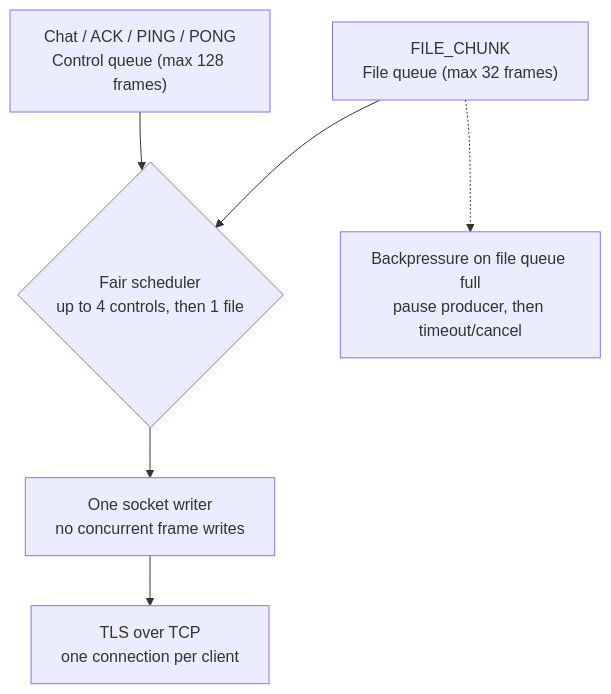
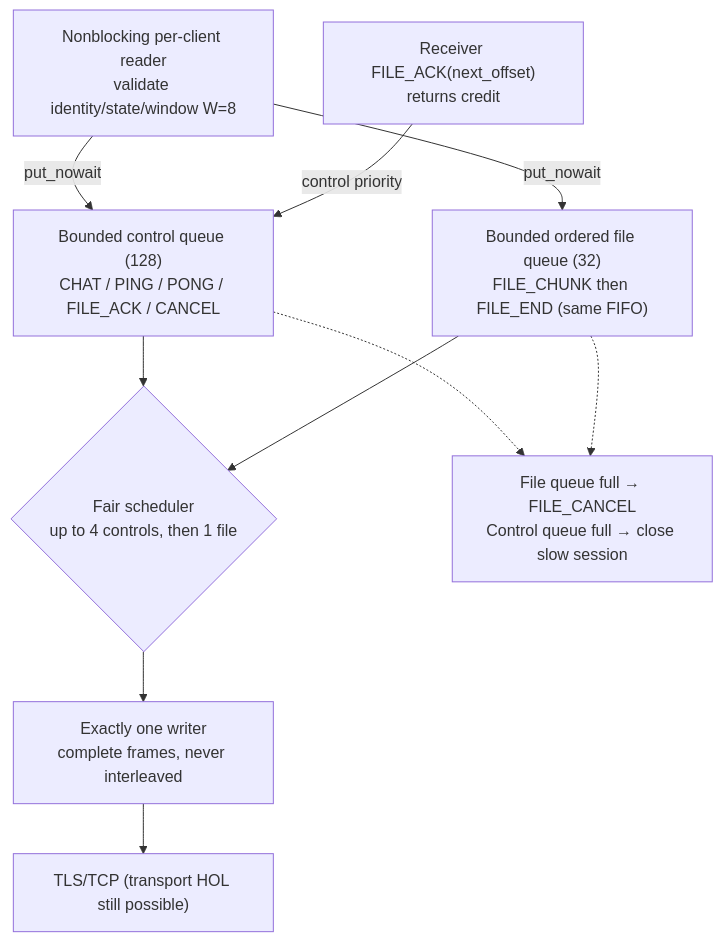
The diagram in docs/diagrams/outbound-queues.md (1K-Keem/lan-collab), drawn with Mermaid before and after one commit. The commit also changed other lines of this file and 13 other files, not shown here.

Commit message:
docs(test): synchronize v1.1 diagrams, schema catalog and mock fixtures

````diff
--- a/docs/diagrams/outbound-queues.md
+++ b/docs/diagrams/outbound-queues.md
@@ -5,13 +3,19 @@
 ```mermaid
 flowchart TB
-    CTRL["Chat / ACK / PING / PONG<br/>Control queue (max 128 frames)"]
-    FILE["FILE_CHUNK<br/>File queue (max 32 frames)"]
-    SCH{"Fair scheduler<br/>up to 4 controls, then 1 file"}
-    WRITER["One socket writer<br/>no concurrent frame writes"]
-    TLS["TLS over TCP<br/>one connection per client"]
-    BACK["Backpressure on file queue full<br/>pause producer, then timeout/cancel"]
-    CTRL --> SCH
-    FILE --> SCH
-    FILE -.-> BACK
-    SCH --> WRITER --> TLS
+    READER["Nonblocking per-client reader<br/>validate identity/state/window W=8"]
+    RECEIVERACK["Receiver FILE_ACK(next_offset)<br/>returns credit"]
+    CONTROL["Bounded control queue (128)<br/>CHAT / PING / PONG / FILE_ACK / CANCEL"]
+    FILE["Bounded ordered file queue (32)<br/>FILE_CHUNK then FILE_END (same FIFO)"]
+    SCHED{"Fair scheduler<br/>up to 4 controls, then 1 file"}
+    WRITER["Exactly one writer<br/>complete frames, never interleaved"]
+    TLS["TLS/TCP (transport HOL still possible)"]
+    FAIL["File queue full → FILE_CANCEL<br/>Control queue full → close slow session"]
+    READER -->|"put_nowait"| CONTROL
+    READER -->|"put_nowait"| FILE
+    RECEIVERACK -->|"control priority"| CONTROL
+    CONTROL --> SCHED
+    FILE --> SCHED
+    SCHED --> WRITER --> TLS
+    CONTROL -.-> FAIL
+    FILE -.-> FAIL
 ```
````
